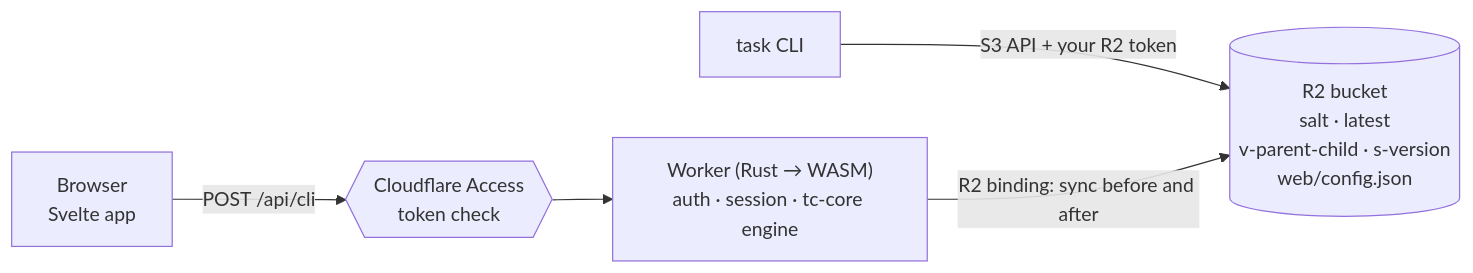
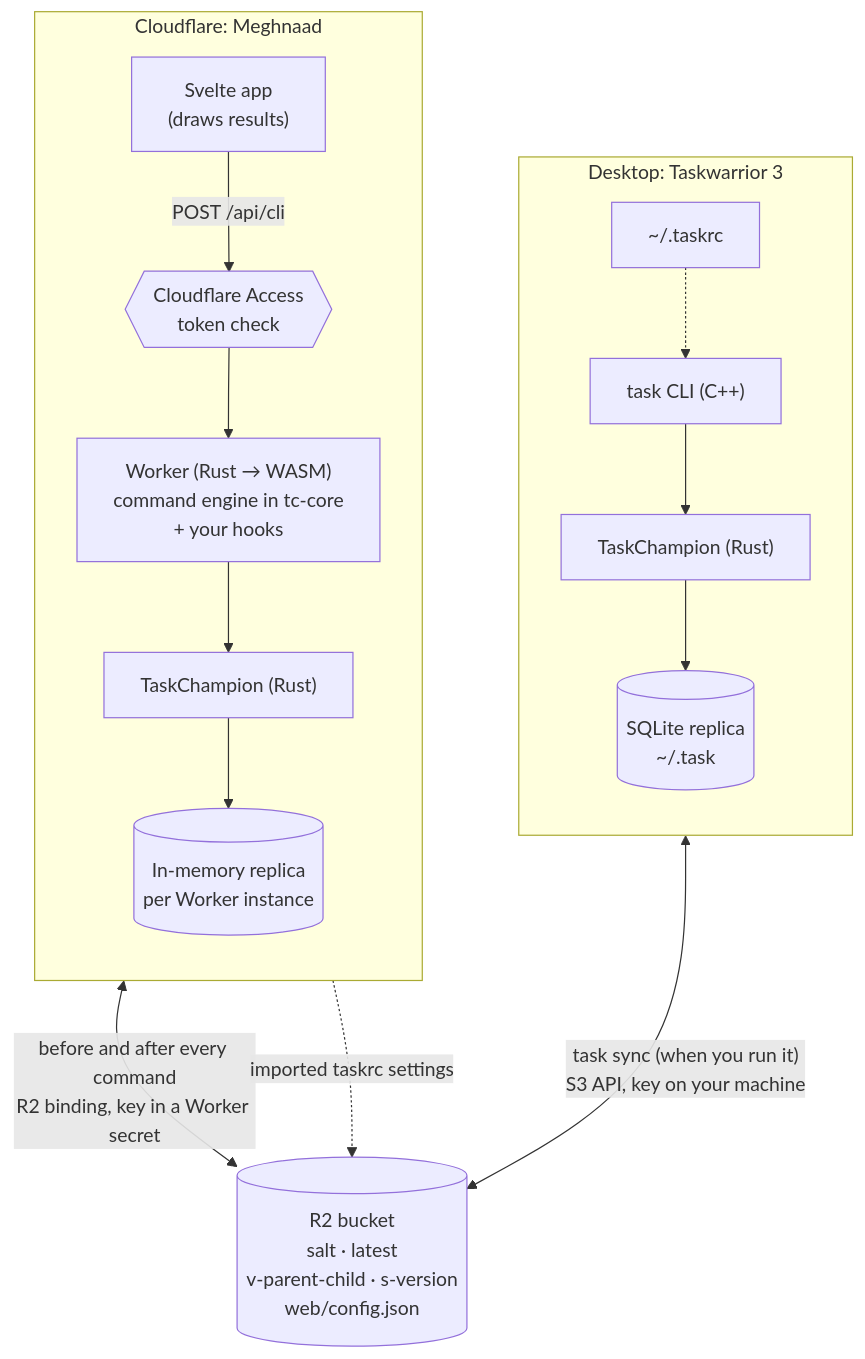
One commit to uroybd/Meghnaad changed the diagram in docs/architecture.md. Above: the diagram before and after it, drawn with Mermaid. The commit also changed 1 other file, not shown here.

Commit message:
doc: use one architecture diagram in the README and the architecture guide
They had drifted into two different pictures. Both now show the same one: the
desktop `task` CLI and the Cloudflare app on either side of the R2 bucket, with
the sync directions, the Access check, the imported taskrc settings, and the
Worker's command engine plus your hooks.

Claude-Session: https://claude.ai/code/session_01NPz4mJtb6HiC1tNKyMu4az

````diff
--- a/docs/architecture.md
+++ b/docs/architecture.md
@@ -19,11 +19,28 @@
 ```mermaid
-flowchart LR
-  cli["task CLI"]
-  browser["Browser<br/>Svelte app"]
-  access{{"Cloudflare Access<br/>token check"}}
-  worker["Worker (Rust → WASM)<br/>auth · session · tc-core engine"]
+flowchart TB
+  subgraph desktop["Desktop: Taskwarrior 3"]
+    direction TB
+    cli["task CLI (C++)"]
+    tcd["TaskChampion (Rust)"]
+    db[("SQLite replica<br/>~/.task")]
+    rc["~/.taskrc"]
+    cli --> tcd --> db
+    rc -.-> cli
+  end
+
+  subgraph web["Cloudflare: Meghnaad"]
+    direction TB
+    spa["Svelte app<br/>(draws results)"]
+    access{{"Cloudflare Access<br/>token check"}}
+    wk["Worker (Rust → WASM)<br/>command engine in tc-core<br/>+ your hooks"]
+    tcw["TaskChampion (Rust)"]
+    mem[("In-memory replica<br/>per Worker instance")]
+    spa -- "POST /api/cli" --> access --> wk --> tcw --> mem
+  end
+
   bucket[("R2 bucket<br/>salt · latest<br/>v-parent-child · s-version<br/>web/config.json")]
-  cli -- "S3 API + your R2 token" --> bucket
-  browser -- "POST /api/cli" --> access --> worker
-  worker -- "R2 binding: sync before and after" --> bucket
+
+  tcd <-- "task sync (when you run it)<br/>S3 API, key on your machine" --> bucket
+  tcw <-- "before and after every command<br/>R2 binding, key in a Worker secret" --> bucket
+  wk -. "imported taskrc settings" .-> bucket
 ```
````
